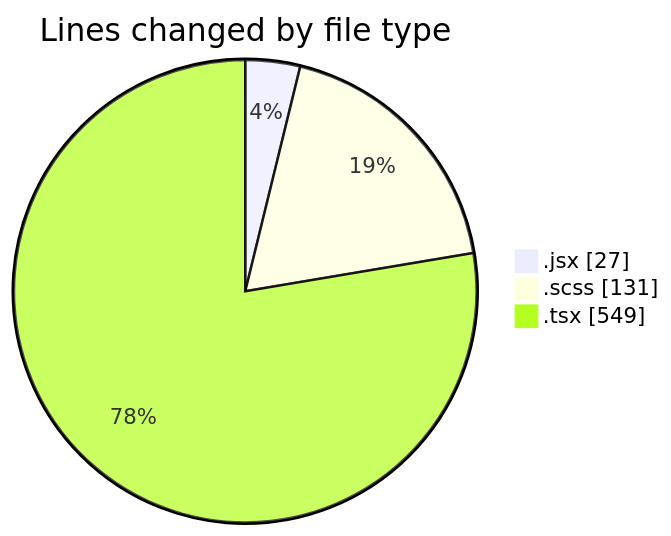
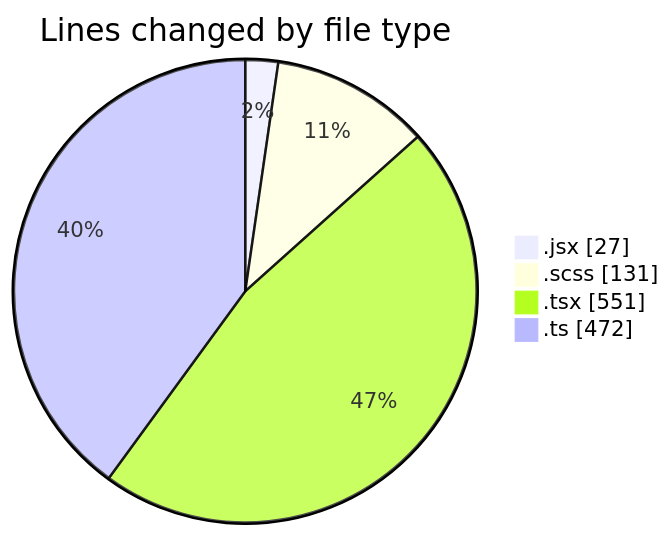
One commit to momahboobian/code-tracking changed the first of 2 diagrams in 2026-03-16/cda/README.md. Above: the diagram before and after it, drawn with Mermaid. The commit also changed other lines of this file and 1 other file, not shown here.

````diff
--- a/2026-03-16/cda/README.md
+++ b/2026-03-16/cda/README.md
@@ -26,7 +27,8 @@
 ```mermaid
 pie showData
 title Lines changed by file type
 ".jsx" : 27
 ".scss" : 131
-".tsx" : 549
+".tsx" : 551
+".ts" : 472
 ```
````
